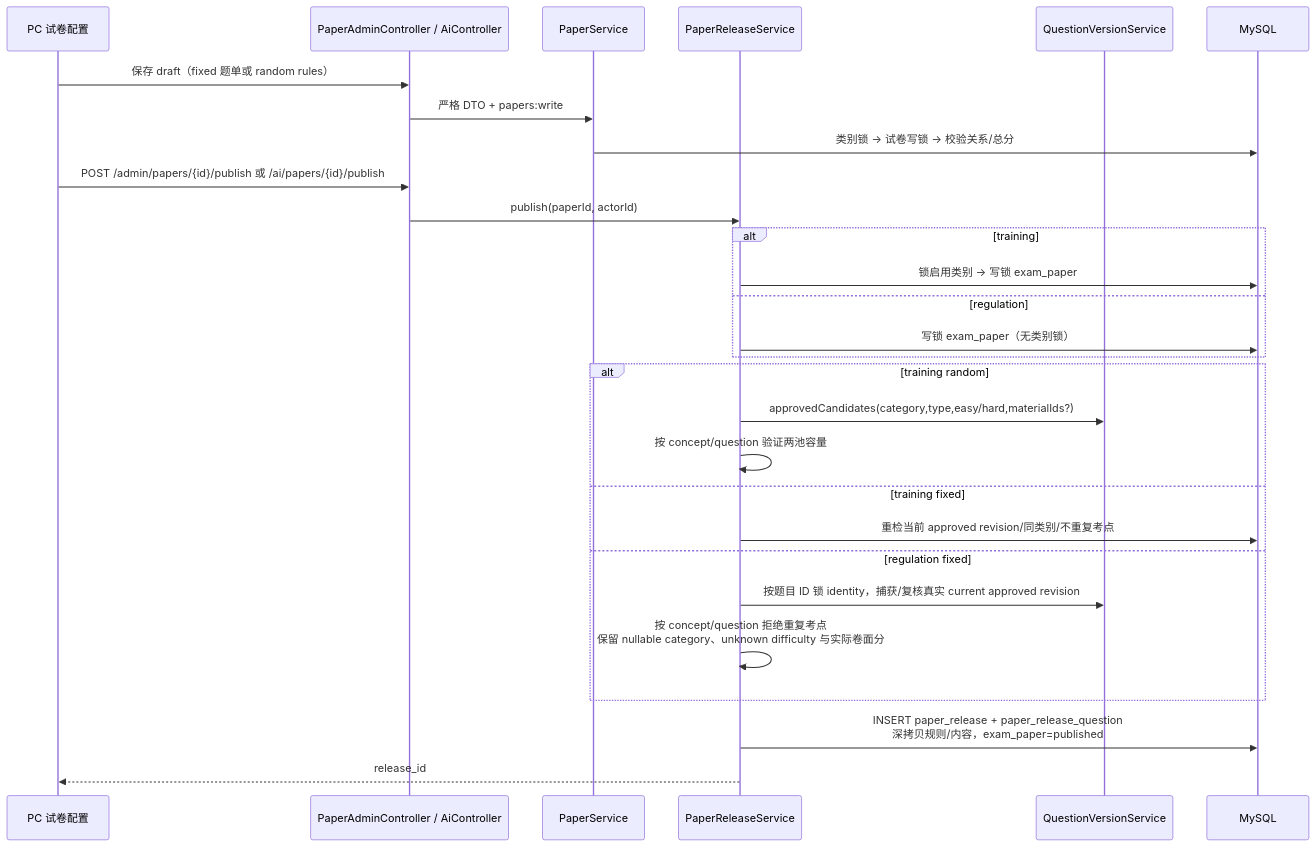
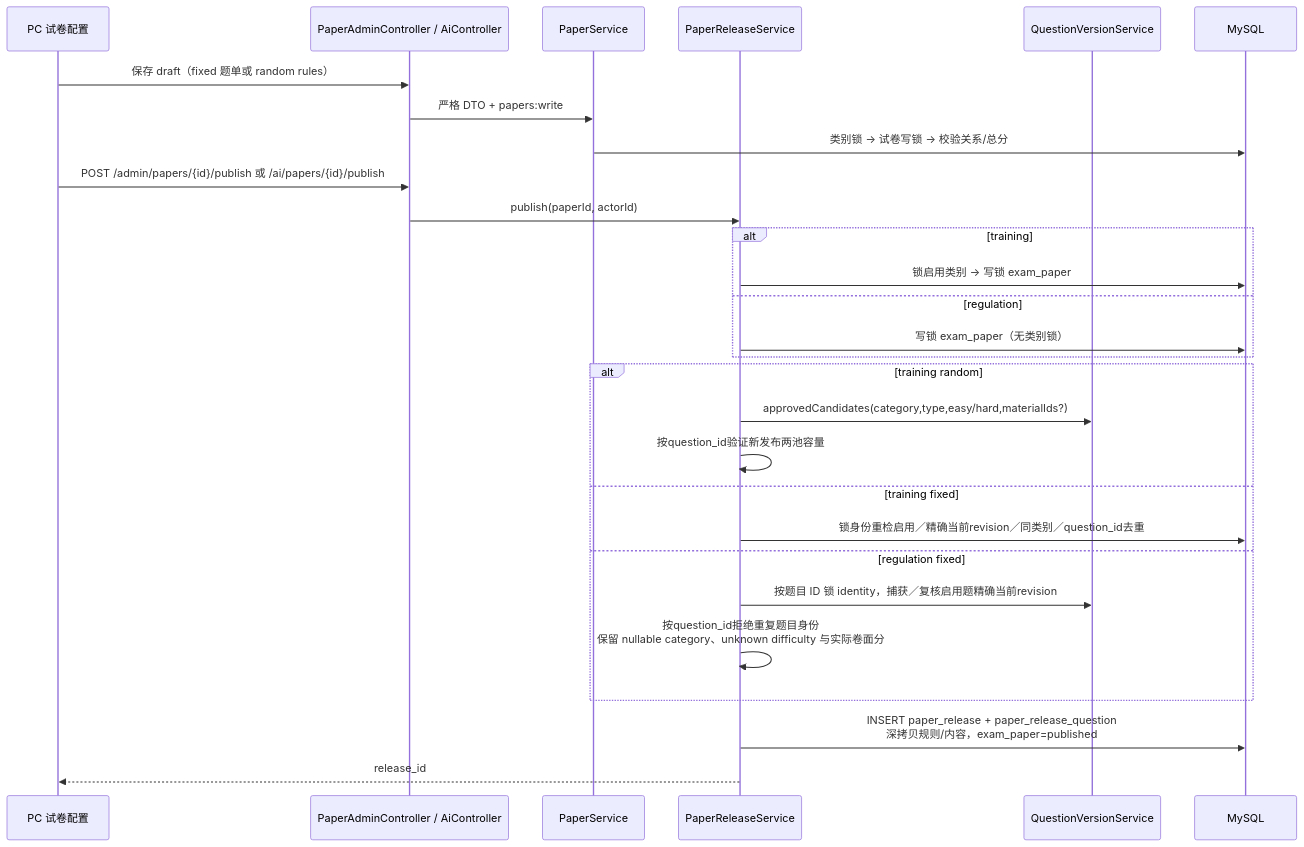
Diagram 15 of 21 in docs/design/06-关键流程.md (caoguanjie/emodor-exam), drawn with Mermaid before and after one commit. The commit also changed other lines of this file and 95 other files, not shown here.

````diff
--- a/docs/design/06-关键流程.md
+++ b/docs/design/06-关键流程.md
@@ -892,31 +762,31 @@
 ```mermaid
 sequenceDiagram
     participant PC as PC 试卷配置
     participant API as PaperAdminController / AiController
     participant P as PaperService
     participant R as PaperReleaseService
     participant Q as QuestionVersionService
     participant DB as MySQL
 
     PC->>API: 保存 draft（fixed 题单或 random rules）
     API->>P: 严格 DTO + papers:write
     P->>DB: 类别锁 → 试卷写锁 → 校验关系/总分
     PC->>API: POST /admin/papers/{id}/publish 或 /ai/papers/{id}/publish
     API->>R: publish(paperId, actorId)
     alt training
         R->>DB: 锁启用类别 → 写锁 exam_paper
     else regulation
         R->>DB: 写锁 exam_paper（无类别锁）
     end
     alt training random
         R->>Q: approvedCandidates(category,type,easy/hard,materialIds?)
-        R->>R: 按 concept/question 验证两池容量
+        R->>R: 按question_id验证新发布两池容量
     else training fixed
-        R->>DB: 重检当前 approved revision/同类别/不重复考点
+        R->>DB: 锁身份重检启用／精确当前revision／同类别／question_id去重
     else regulation fixed
-        R->>Q: 按题目 ID 锁 identity，捕获/复核真实 current approved revision
-        R->>R: 按 concept/question 拒绝重复考点<br/>保留 nullable category、unknown difficulty 与实际卷面分
+        R->>Q: 按题目 ID 锁 identity，捕获／复核启用题精确当前revision
+        R->>R: 按question_id拒绝重复题目身份<br/>保留 nullable category、unknown difficulty 与实际卷面分
     end
     R->>DB: INSERT paper_release + paper_release_question<br/>深拷贝规则/内容，exam_paper=published
     R-->>PC: release_id
 ```
````
